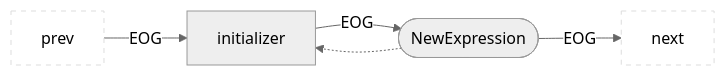
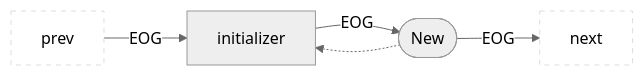
Before and after one commit to Fraunhofer-AISEC/cpg: diagram 26 of 49 in docs/docs/CPG/specs/eog.md, drawn with Mermaid (neutral theme). The commit also changed other lines of this file and 403 other files, not shown here.

````diff
--- a/docs/docs/CPG/specs/eog.md
+++ b/docs/docs/CPG/specs/eog.md
@@ -506,8 +506,8 @@
 ```mermaid
 flowchart LR
   classDef outer fill:#fff,stroke:#ddd,stroke-dasharray:5 5;
   prev:::outer --EOG--> child["initializer"]
   child --EOG--> parent
-  parent(["NewExpression"]) --EOG--> next:::outer
+  parent(["New"]) --EOG--> next:::outer
   parent -.-> child
 ```
````
